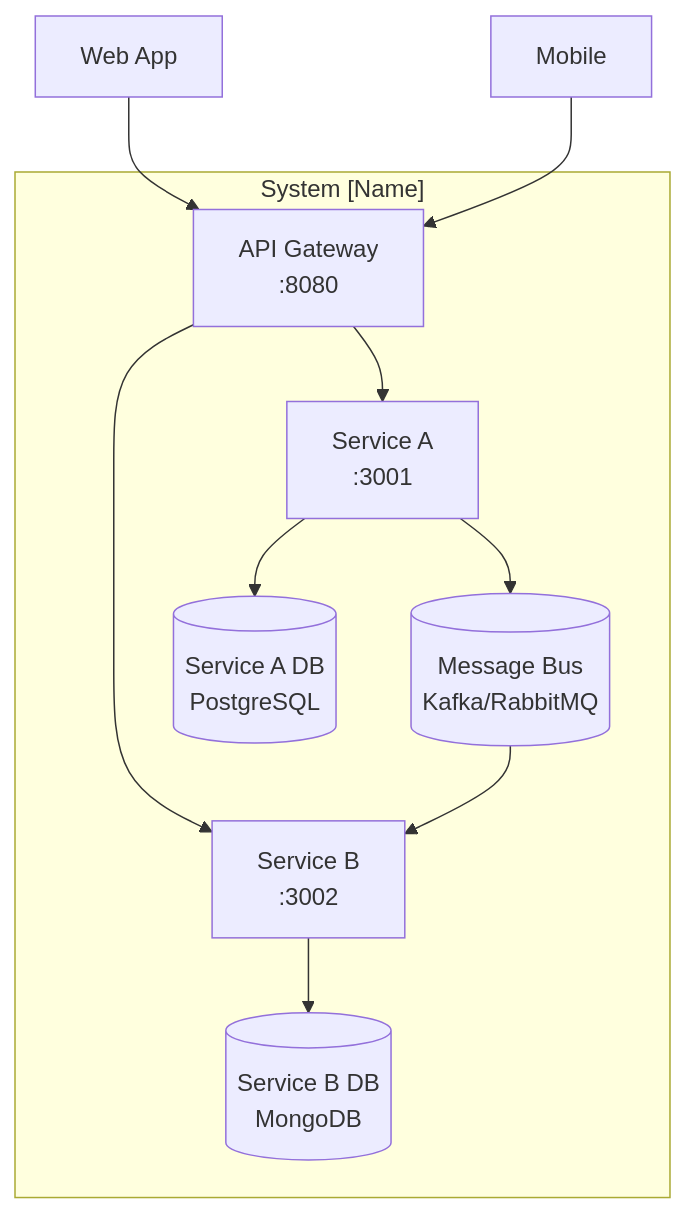
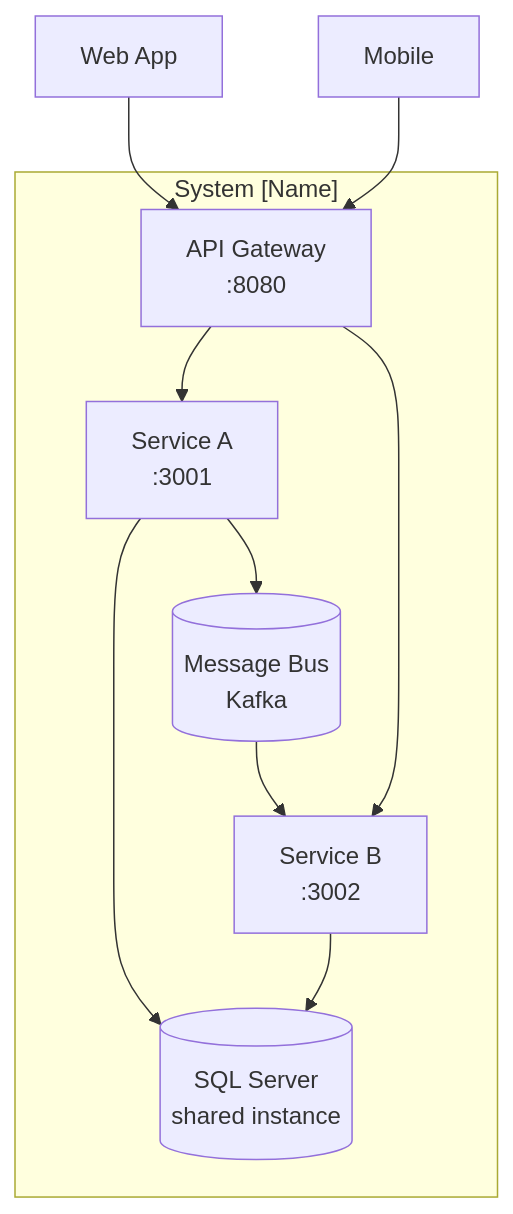
Before and after one commit to code-sena/sg-docs: the diagram in 05-architecture/overview.md, drawn with Mermaid. The commit also changed other lines of this file and 2 other files, not shown here.

Commit message:
docs: It is made clear that there will be one database instance for the entire project and the services will connect to it.

````diff
--- a/05-architecture/overview.md
+++ b/05-architecture/overview.md
@@ -67,20 +67,19 @@
 ```mermaid
 graph TB
   subgraph "System [Name]"
     GW[API Gateway<br/>:8080]
     SA[Service A<br/>:3001]
     SB[Service B<br/>:3002]
-    BUS[(Message Bus<br/>Kafka/RabbitMQ)]
-    DBA[(Service A DB<br/>PostgreSQL)]
-    DBB[(Service B DB<br/>MongoDB)]
+    BUS[(Message Bus<br/>Kafka)]
+    DBS[(SQL Server<br/>shared instance)]
   end
 
   WEB[Web App] --> GW
   MOB[Mobile] --> GW
   GW --> SA
   GW --> SB
-  SA --> DBA
-  SB --> DBB
+  SA --> DBS
+  SB --> DBS
   SA --> BUS
   BUS --> SB
 ```
````
